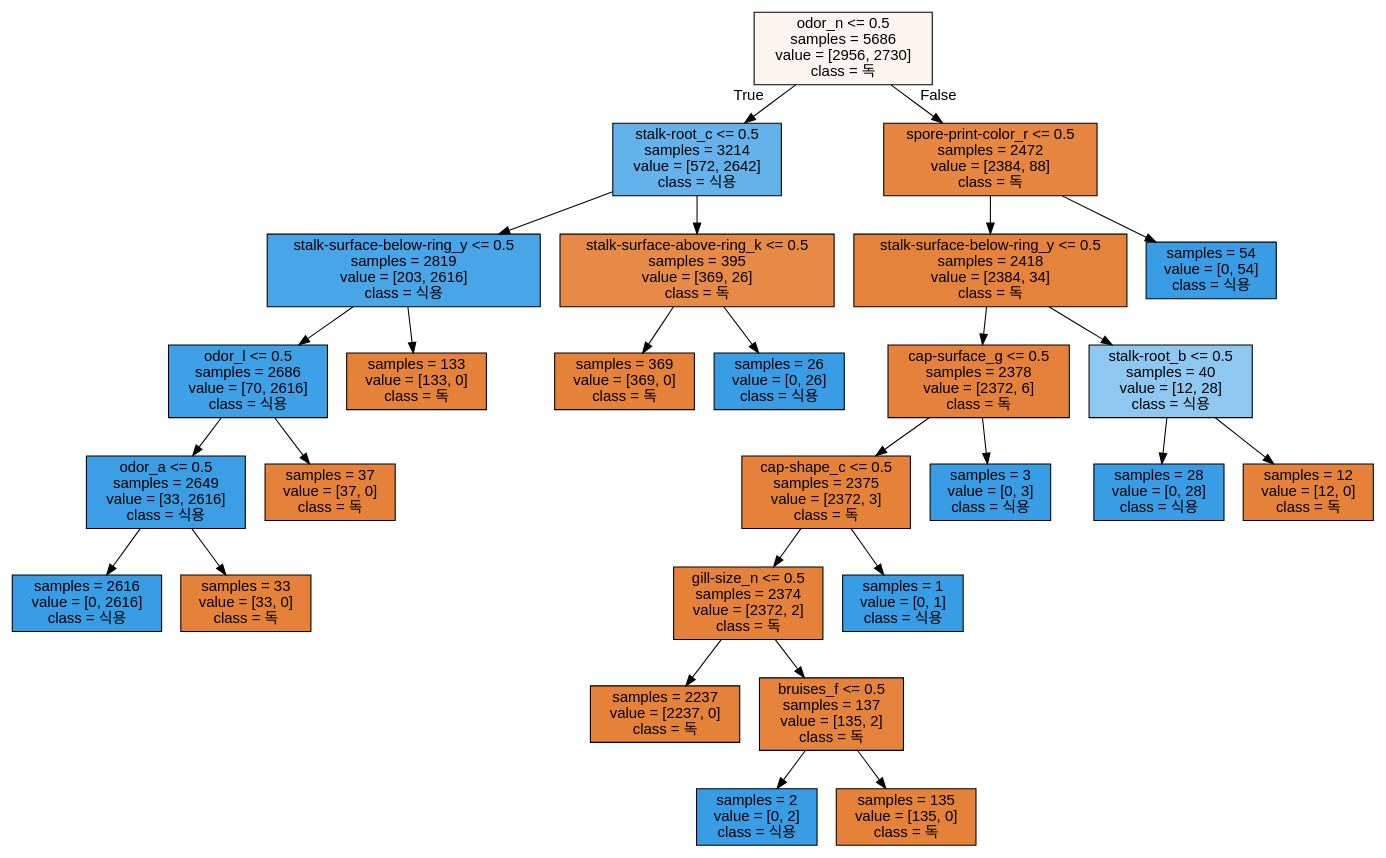
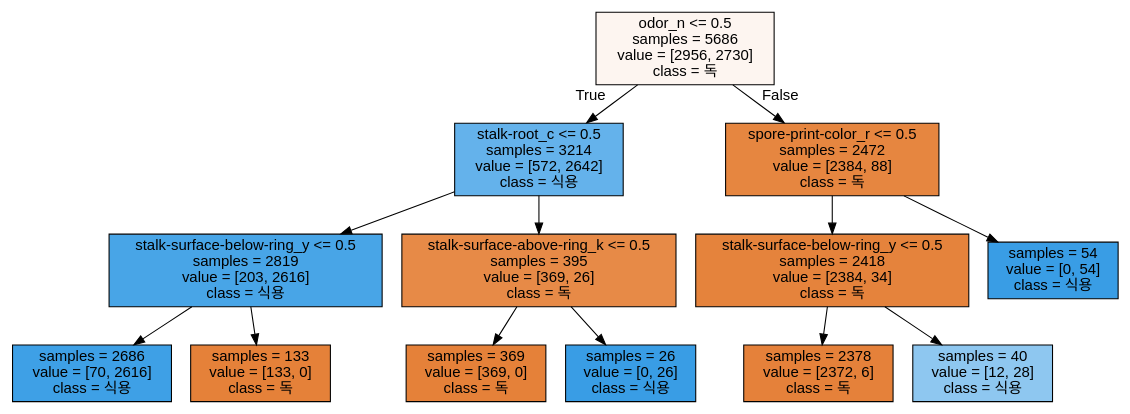
The diagram in Machine Learning/tree.dot (juhyun98/PythonScience), drawn with Graphviz before and after one commit. The commit also changed 7 other files, not shown here.

```diff
--- a/Machine Learning/tree.dot
+++ b/Machine Learning/tree.dot
@@ -1,57 +1,29 @@
 digraph Tree {
 node [shape=box, style="filled", color="black", fontname="helvetica"] ;
 edge [fontname="helvetica"] ;
 0 [label="odor_n <= 0.5\nsamples = 5686\nvalue = [2956, 2730]\nclass = 독", fillcolor="#fdf5f0"] ;
 1 [label="stalk-root_c <= 0.5\nsamples = 3214\nvalue = [572, 2642]\nclass = 식용", fillcolor="#64b2eb"] ;
 0 -> 1 [labeldistance=2.5, labelangle=45, headlabel="True"] ;
 2 [label="stalk-surface-below-ring_y <= 0.5\nsamples = 2819\nvalue = [203, 2616]\nclass = 식용", fillcolor="#48a5e7"] ;
 1 -> 2 ;
-3 [label="odor_l <= 0.5\nsamples = 2686\nvalue = [70, 2616]\nclass = 식용", fillcolor="#3ea0e6"] ;
+3 [label="samples = 2686\nvalue = [70, 2616]\nclass = 식용", fillcolor="#3ea0e6"] ;
 2 -> 3 ;
-4 [label="odor_a <= 0.5\nsamples = 2649\nvalue = [33, 2616]\nclass = 식용", fillcolor="#3b9ee5"] ;
-3 -> 4 ;
-5 [label="samples = 2616\nvalue = [0, 2616]\nclass = 식용", fillcolor="#399de5"] ;
-4 -> 5 ;
-6 [label="samples = 33\nvalue = [33, 0]\nclass = 독", fillcolor="#e58139"] ;
-4 -> 6 ;
-7 [label="samples = 37\nvalue = [37, 0]\nclass = 독", fillcolor="#e58139"] ;
-3 -> 7 ;
-8 [label="samples = 133\nvalue = [133, 0]\nclass = 독", fillcolor="#e58139"] ;
-2 -> 8 ;
-9 [label="stalk-surface-above-ring_k <= 0.5\nsamples = 395\nvalue = [369, 26]\nclass = 독", fillcolor="#e78a47"] ;
-1 -> 9 ;
-10 [label="samples = 369\nvalue = [369, 0]\nclass = 독", fillcolor="#e58139"] ;
+4 [label="samples = 133\nvalue = [133, 0]\nclass = 독", fillcolor="#e58139"] ;
+2 -> 4 ;
+5 [label="stalk-surface-above-ring_k <= 0.5\nsamples = 395\nvalue = [369, 26]\nclass = 독", fillcolor="#e78a47"] ;
+1 -> 5 ;
+6 [label="samples = 369\nvalue = [369, 0]\nclass = 독", fillcolor="#e58139"] ;
+5 -> 6 ;
+7 [label="samples = 26\nvalue = [0, 26]\nclass = 식용", fillcolor="#399de5"] ;
+5 -> 7 ;
+8 [label="spore-print-color_r <= 0.5\nsamples = 2472\nvalue = [2384, 88]\nclass = 독", fillcolor="#e68640"] ;
+0 -> 8 [labeldistance=2.5, labelangle=-45, headlabel="False"] ;
+9 [label="stalk-surface-below-ring_y <= 0.5\nsamples = 2418\nvalue = [2384, 34]\nclass = 독", fillcolor="#e5833c"] ;
+8 -> 9 ;
+10 [label="samples = 2378\nvalue = [2372, 6]\nclass = 독", fillcolor="#e5813a"] ;
 9 -> 10 ;
-11 [label="samples = 26\nvalue = [0, 26]\nclass = 식용", fillcolor="#399de5"] ;
+11 [label="samples = 40\nvalue = [12, 28]\nclass = 식용", fillcolor="#8ec7f0"] ;
 9 -> 11 ;
-12 [label="spore-print-color_r <= 0.5\nsamples = 2472\nvalue = [2384, 88]\nclass = 독", fillcolor="#e68640"] ;
-0 -> 12 [labeldistance=2.5, labelangle=-45, headlabel="False"] ;
-13 [label="stalk-surface-below-ring_y <= 0.5\nsamples = 2418\nvalue = [2384, 34]\nclass = 독", fillcolor="#e5833c"] ;
-12 -> 13 ;
-14 [label="cap-surface_g <= 0.5\nsamples = 2378\nvalue = [2372, 6]\nclass = 독", fillcolor="#e5813a"] ;
-13 -> 14 ;
-15 [label="cap-shape_c <= 0.5\nsamples = 2375\nvalue = [2372, 3]\nclass = 독", fillcolor="#e58139"] ;
-14 -> 15 ;
-16 [label="gill-size_n <= 0.5\nsamples = 2374\nvalue = [2372, 2]\nclass = 독", fillcolor="#e58139"] ;
-15 -> 16 ;
-17 [label="samples = 2237\nvalue = [2237, 0]\nclass = 독", fillcolor="#e58139"] ;
-16 -> 17 ;
-18 [label="bruises_f <= 0.5\nsamples = 137\nvalue = [135, 2]\nclass = 독", fillcolor="#e5833c"] ;
-16 -> 18 ;
-19 [label="samples = 2\nvalue = [0, 2]\nclass = 식용", fillcolor="#399de5"] ;
-18 -> 19 ;
-20 [label="samples = 135\nvalue = [135, 0]\nclass = 독", fillcolor="#e58139"] ;
-18 -> 20 ;
-21 [label="samples = 1\nvalue = [0, 1]\nclass = 식용", fillcolor="#399de5"] ;
-15 -> 21 ;
-22 [label="samples = 3\nvalue = [0, 3]\nclass = 식용", fillcolor="#399de5"] ;
-14 -> 22 ;
-23 [label="stalk-root_b <= 0.5\nsamples = 40\nvalue = [12, 28]\nclass = 식용", fillcolor="#8ec7f0"] ;
-13 -> 23 ;
-24 [label="samples = 28\nvalue = [0, 28]\nclass = 식용", fillcolor="#399de5"] ;
-23 -> 24 ;
-25 [label="samples = 12\nvalue = [12, 0]\nclass = 독", fillcolor="#e58139"] ;
-23 -> 25 ;
-26 [label="samples = 54\nvalue = [0, 54]\nclass = 식용", fillcolor="#399de5"] ;
-12 -> 26 ;
+12 [label="samples = 54\nvalue = [0, 54]\nclass = 식용", fillcolor="#399de5"] ;
+8 -> 12 ;
 }
```
